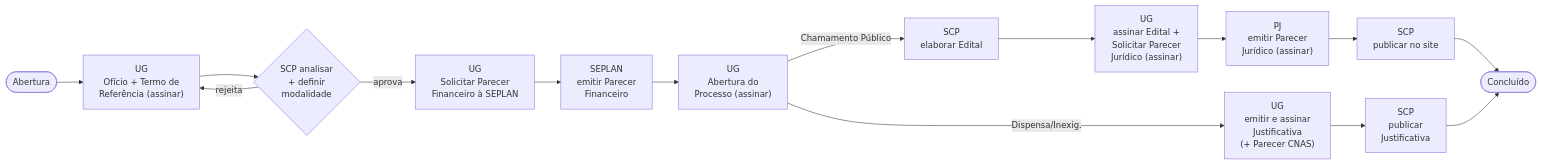
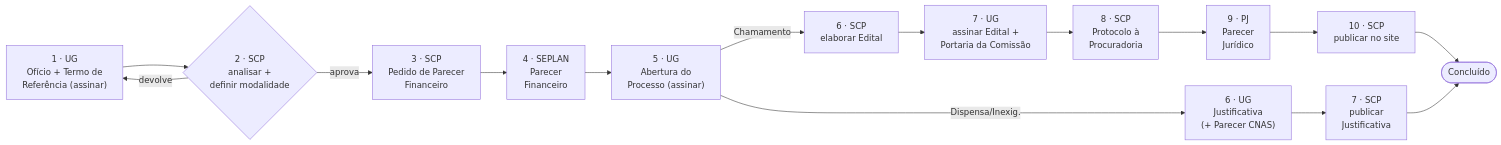
Before and after one commit to IsaacMRodrigues/gestaoParcerias: the second of 2 diagrams in README.md, drawn with Mermaid. The commit also changed other lines of this file, not shown here.

````diff
--- a/README.md
+++ b/README.md
@@ -98,17 +172,17 @@
 ```mermaid
 flowchart LR
-    A(["Abertura"]) --> E1["UG<br/>Ofício + Termo de<br/>Referência (assinar)"]
-    E1 --> E2{"SCP analisar<br/>+ definir<br/>modalidade"}
-    E2 -->|rejeita| E1
-    E2 -->|aprova| E3["UG<br/>Solicitar Parecer<br/>Financeiro à SEPLAN"]
-    E3 --> E4["SEPLAN<br/>emitir Parecer<br/>Financeiro"]
-    E4 --> E5["UG<br/>Abertura do<br/>Processo (assinar)"]
-    E5 -->|Chamamento Público| C6["SCP<br/>elaborar Edital"]
-    C6 --> C7["UG<br/>assinar Edital +<br/>Solicitar Parecer<br/>Jurídico (assinar)"]
-    C7 --> C8["PJ<br/>emitir Parecer<br/>Jurídico (assinar)"]
-    C8 --> C9["SCP<br/>publicar no site"]
-    C9 --> Z(["Concluído"])
-    E5 -->|Dispensa/Inexig.| D6["UG<br/>emitir e assinar<br/>Justificativa<br/>(+ Parecer CNAS)"]
-    D6 --> D7["SCP<br/>publicar<br/>Justificativa"]
+    E1["1 · UG<br/>Ofício + Termo de<br/>Referência (assinar)"] --> E2{"2 · SCP<br/>analisar +<br/>definir modalidade"}
+    E2 -->|devolve| E1
+    E2 -->|aprova| E3["3 · SCP<br/>Pedido de Parecer<br/>Financeiro"]
+    E3 --> E4["4 · SEPLAN<br/>Parecer<br/>Financeiro"]
+    E4 --> E5["5 · UG<br/>Abertura do<br/>Processo (assinar)"]
+    E5 -->|Chamamento| C6["6 · SCP<br/>elaborar Edital"]
+    C6 --> C7["7 · UG<br/>assinar Edital +<br/>Portaria da Comissão"]
+    C7 --> C8["8 · SCP<br/>Protocolo à<br/>Procuradoria"]
+    C8 --> C9["9 · PJ<br/>Parecer<br/>Jurídico"]
+    C9 --> C10["10 · SCP<br/>publicar no site"]
+    C10 --> Z(["Concluído"])
+    E5 -->|Dispensa/Inexig.| D6["6 · UG<br/>Justificativa<br/>(+ Parecer CNAS)"]
+    D6 --> D7["7 · SCP<br/>publicar<br/>Justificativa"]
     D7 --> Z
 ```
````
